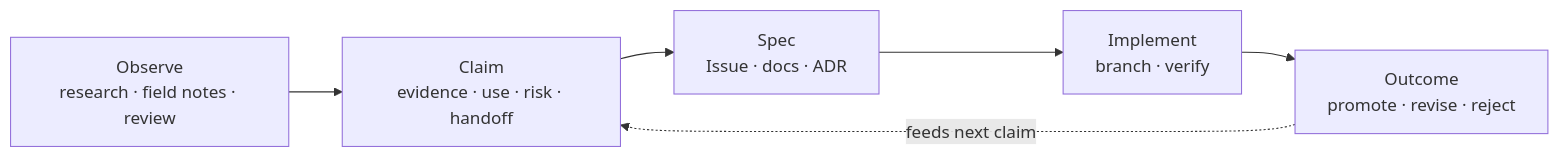
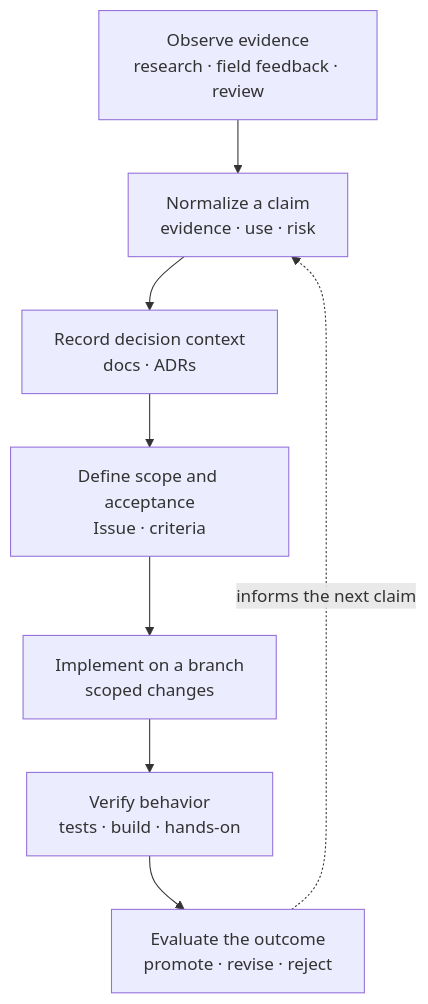
One commit to tatsunoritojo/tatsunoritojo changed the second of 2 diagrams in README.md. Above: the diagram before and after it, drawn with Mermaid. The commit also changed other lines of this file, not shown here.

Commit message:
docs: apply Codex review to knowledge and Claude Code profile sections

````diff
--- a/README.md
+++ b/README.md
@@ -78,11 +78,13 @@
 ```mermaid
-flowchart LR
-  R["Observe<br/>research · field notes · review"]
-  C["Claim<br/>evidence · use · risk · handoff"]
-  S["Spec<br/>Issue · docs · ADR"]
-  I["Implement<br/>branch · verify"]
-  O["Outcome<br/>promote · revise · reject"]
+flowchart TB
+  A["Observe evidence<br/>research · field feedback · review"]
+  B["Normalize a claim<br/>evidence · use · risk"]
+  C["Record decision context<br/>docs · ADRs"]
+  D["Define scope and acceptance<br/>Issue · criteria"]
+  E["Implement on a branch<br/>scoped changes"]
+  F["Verify behavior<br/>tests · build · hands-on"]
+  G["Evaluate the outcome<br/>promote · revise · reject"]
 
-  R --> C --> S --> I --> O
-  O -. feeds next claim .-> C
+  A --> B --> C --> D --> E --> F --> G
+  G -. informs the next claim .-> B
 ```
````
